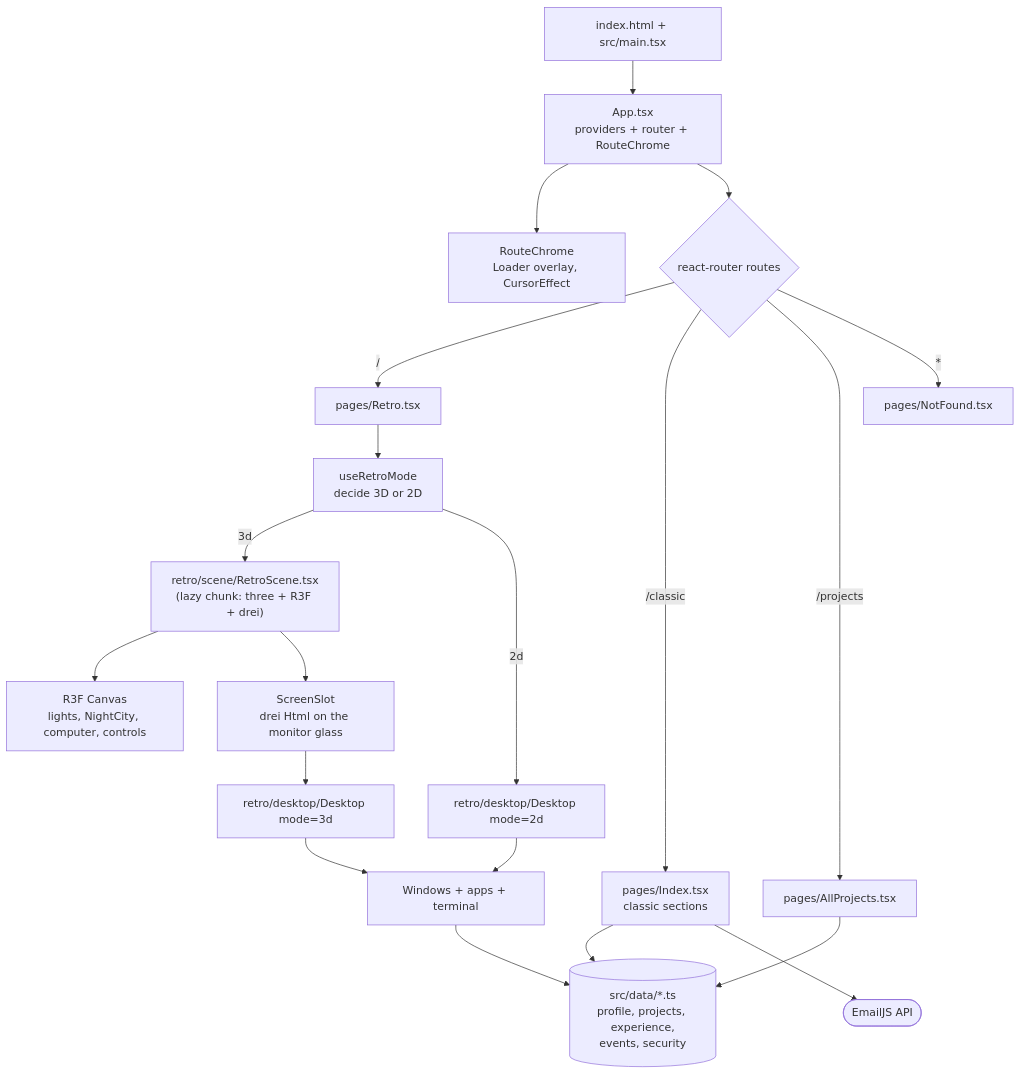
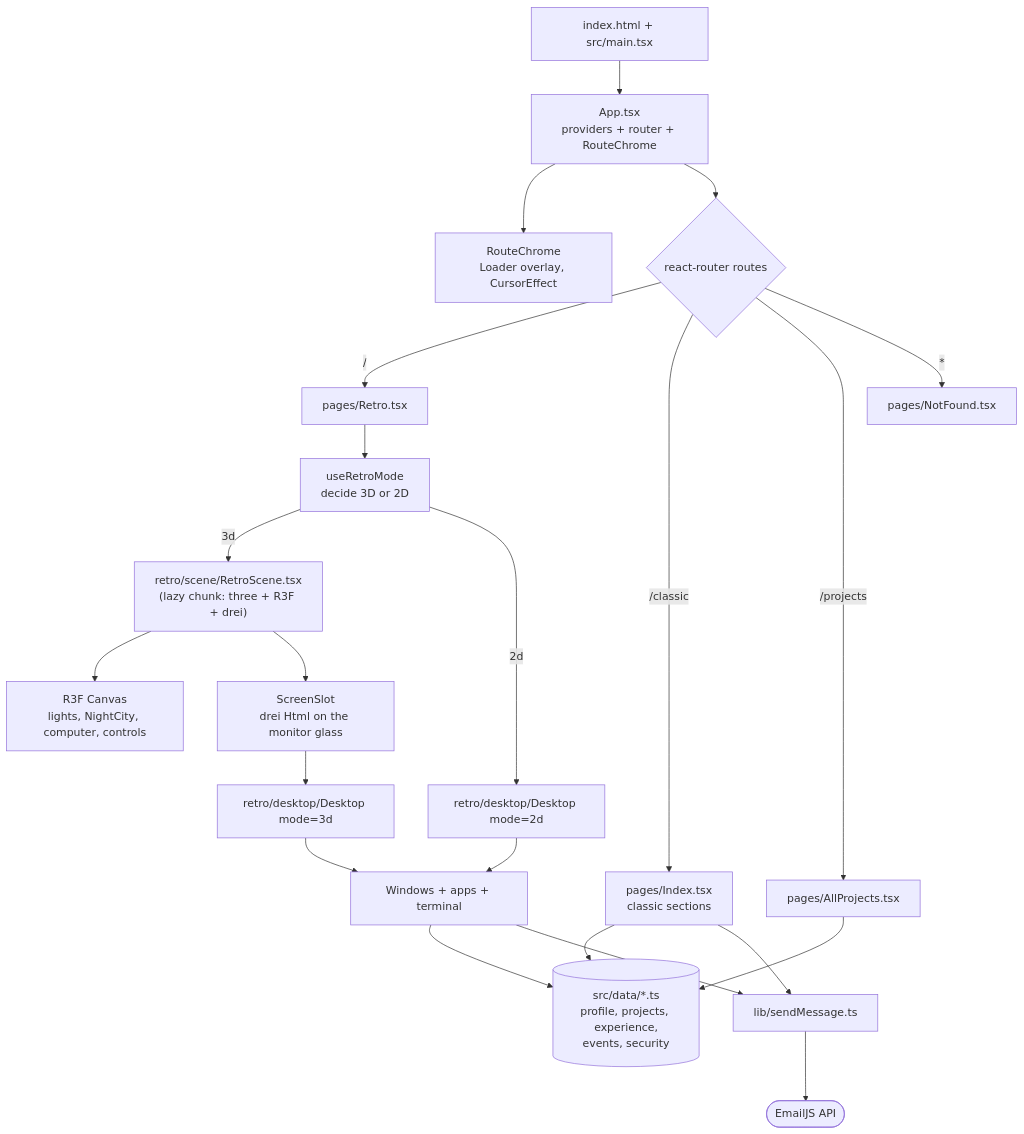
Before and after one commit to LinhL1/linh-le-2: the first of 2 diagrams in docs/ARCHITECTURE.md, drawn with Mermaid. The commit also changed other lines of this file and 25 other files, not shown here.

````diff
--- a/docs/ARCHITECTURE.md
+++ b/docs/ARCHITECTURE.md
@@ -18,28 +19,30 @@
 ```mermaid
 graph TD
     Browser["index.html + src/main.tsx"] --> App["App.tsx<br/>providers + router + RouteChrome"]
     App --> Chrome["RouteChrome<br/>Loader overlay, CursorEffect"]
     App --> Router{"react-router routes"}
 
     Router -->|"/"| Retro["pages/Retro.tsx"]
     Router -->|"/classic"| Index["pages/Index.tsx<br/>classic sections"]
     Router -->|"/projects"| AllProjects["pages/AllProjects.tsx"]
     Router -->|"*"| NotFound["pages/NotFound.tsx"]
 
     Retro --> Mode["useRetroMode<br/>decide 3D or 2D"]
     Mode -->|3d| Scene["retro/scene/RetroScene.tsx<br/>(lazy chunk: three + R3F + drei)"]
     Mode -->|2d| Desktop2D["retro/desktop/Desktop mode=2d"]
 
     Scene --> Canvas["R3F Canvas<br/>lights, NightCity, computer, controls"]
     Scene --> ScreenSlot["ScreenSlot<br/>drei Html on the monitor glass"]
     ScreenSlot --> Desktop3D["retro/desktop/Desktop mode=3d"]
 
     Desktop2D --> Apps["Windows + apps + terminal"]
     Desktop3D --> Apps
 
     Data[("src/data/*.ts<br/>profile, projects, experience,<br/>events, security")]
     Apps --> Data
     Index --> Data
     AllProjects --> Data
-    Index --> EmailJS(["EmailJS API"])
+    Index --> Send["lib/sendMessage.ts"]
+    Apps --> Send
+    Send --> EmailJS(["EmailJS API"])
 ```
````
